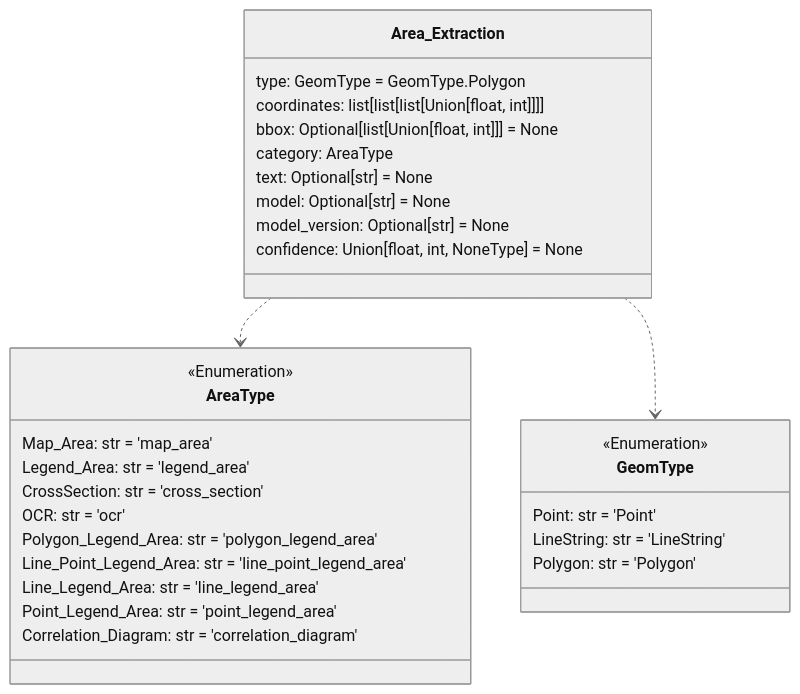
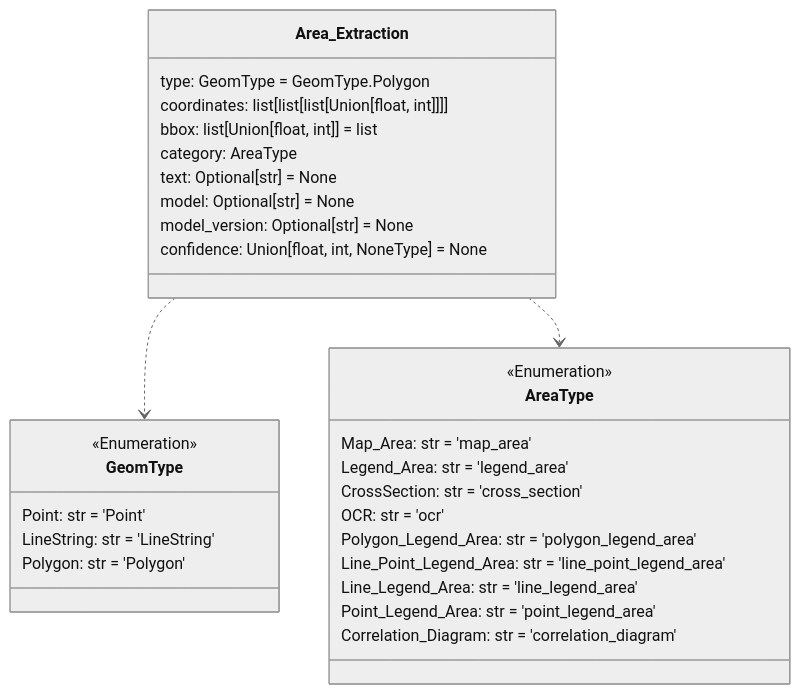
The first of 12 diagrams in README.md (DARPA-CRITICALMAAS/cdr_schemas), drawn with Mermaid (neutral theme) before and after one commit. The commit also changed other lines of this file and 7 other files, not shown here.

````diff
--- a/README.md
+++ b/README.md
@@ -66,39 +66,39 @@
 ```mermaid
 classDiagram
 
     class Area_Extraction {
         type: GeomType = GeomType.Polygon
         coordinates: list[list[list[Union[float, int]]]]
-        bbox: Optional[list[Union[float, int]]] = None
+        bbox: list[Union[float, int]] = list
         category: AreaType
         text: Optional[str] = None
         model: Optional[str] = None
         model_version: Optional[str] = None
         confidence: Union[float, int, NoneType] = None
+    }
+
+    class GeomType {
+        <<Enumeration>>
+        Point: str = 'Point'
+        LineString: str = 'LineString'
+        Polygon: str = 'Polygon'
     }
 
     class AreaType {
         <<Enumeration>>
         Map_Area: str = 'map_area'
         Legend_Area: str = 'legend_area'
         CrossSection: str = 'cross_section'
         OCR: str = 'ocr'
         Polygon_Legend_Area: str = 'polygon_legend_area'
         Line_Point_Legend_Area: str = 'line_point_legend_area'
         Line_Legend_Area: str = 'line_legend_area'
         Point_Legend_Area: str = 'point_legend_area'
         Correlation_Diagram: str = 'correlation_diagram'
     }
 
-    class GeomType {
-        <<Enumeration>>
-        Point: str = 'Point'
-        LineString: str = 'LineString'
-        Polygon: str = 'Polygon'
-    }
-
+    Area_Extraction ..> GeomType
     Area_Extraction ..> AreaType
-    Area_Extraction ..> GeomType
 
 
 ```
````
